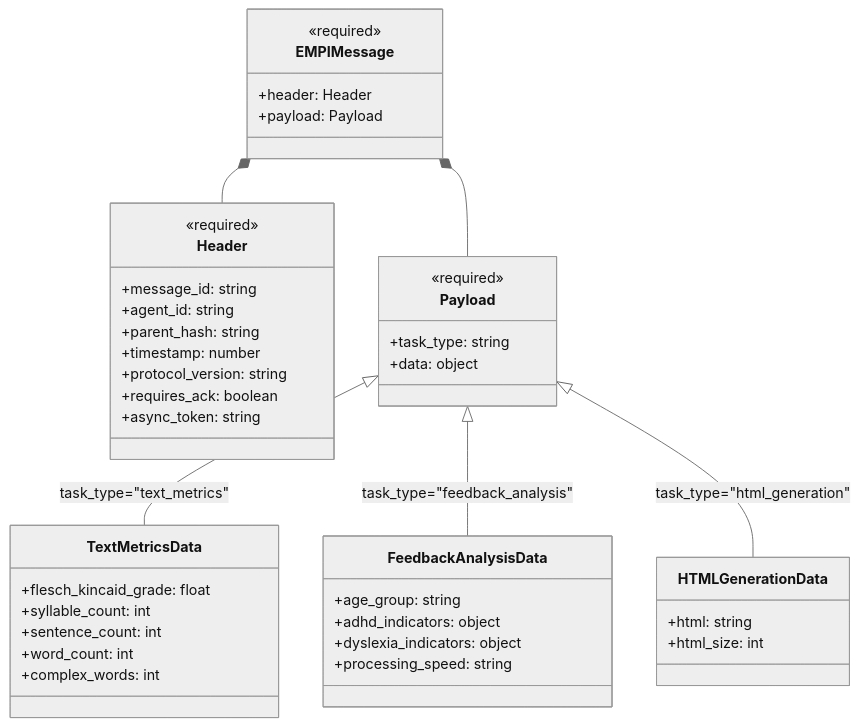
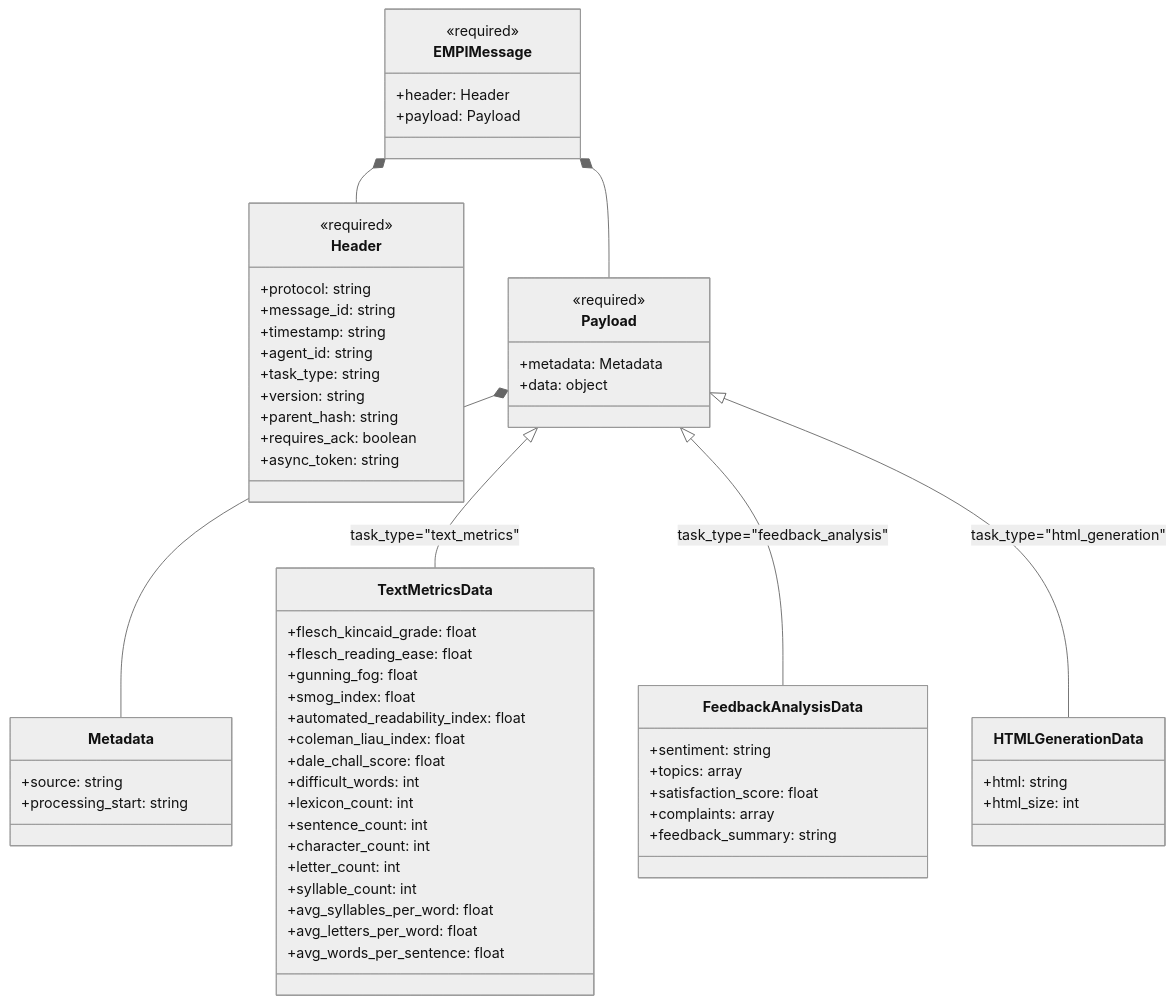
The first of 2 diagrams in README.md (vifirsanova/empi_agent), drawn with Mermaid (neutral theme) before and after one commit. The commit also changed other lines of this file, not shown here.

````diff
--- a/README.md
+++ b/README.md
@@ -29,52 +30,72 @@
 ```mermaid
 classDiagram
     class EMPIMessage {
         <<required>>
         +header: Header
         +payload: Payload
     }
 
     class Header {
         <<required>>
+        +protocol: string
         +message_id: string
+        +timestamp: string
         +agent_id: string
+        +task_type: string
+        +version: string
+        <<optional>>
         +parent_hash: string
-        +timestamp: number
-        <<optional>>
-        +protocol_version: string
         +requires_ack: boolean
         +async_token: string
     }
 
     class Payload {
         <<required>>
-        +task_type: string
+        +metadata: Metadata
         +data: object
+    }
+
+    class Metadata {
+        +source: string
+        +processing_start: string
     }
 
     class TextMetricsData {
         +flesch_kincaid_grade: float
+        +flesch_reading_ease: float
+        +gunning_fog: float
+        +smog_index: float
+        +automated_readability_index: float
+        +coleman_liau_index: float
+        +dale_chall_score: float
+        +difficult_words: int
+        +lexicon_count: int
+        +sentence_count: int
+        +character_count: int
+        +letter_count: int
         +syllable_count: int
-        +sentence_count: int
-        +word_count: int
-        +complex_words: int
+        +avg_syllables_per_word: float
+        +avg_letters_per_word: float
+        +avg_words_per_sentence: float
     }
 
     class FeedbackAnalysisData {
-        +age_group: string
-        +adhd_indicators: object
-        +dyslexia_indicators: object
-        +processing_speed: string
+        +sentiment: string
+        +topics: array
+        +satisfaction_score: float
+        +complaints: array
+        +feedback_summary: string
     }
 
     class HTMLGenerationData {
         +html: string
         +html_size: int
     }
 
     EMPIMessage *-- Header
     EMPIMessage *-- Payload
+    Payload *-- Metadata
     Payload <|-- TextMetricsData : task_type="text_metrics"
     Payload <|-- FeedbackAnalysisData : task_type="feedback_analysis"
     Payload <|-- HTMLGenerationData : task_type="html_generation"
 ```
````
